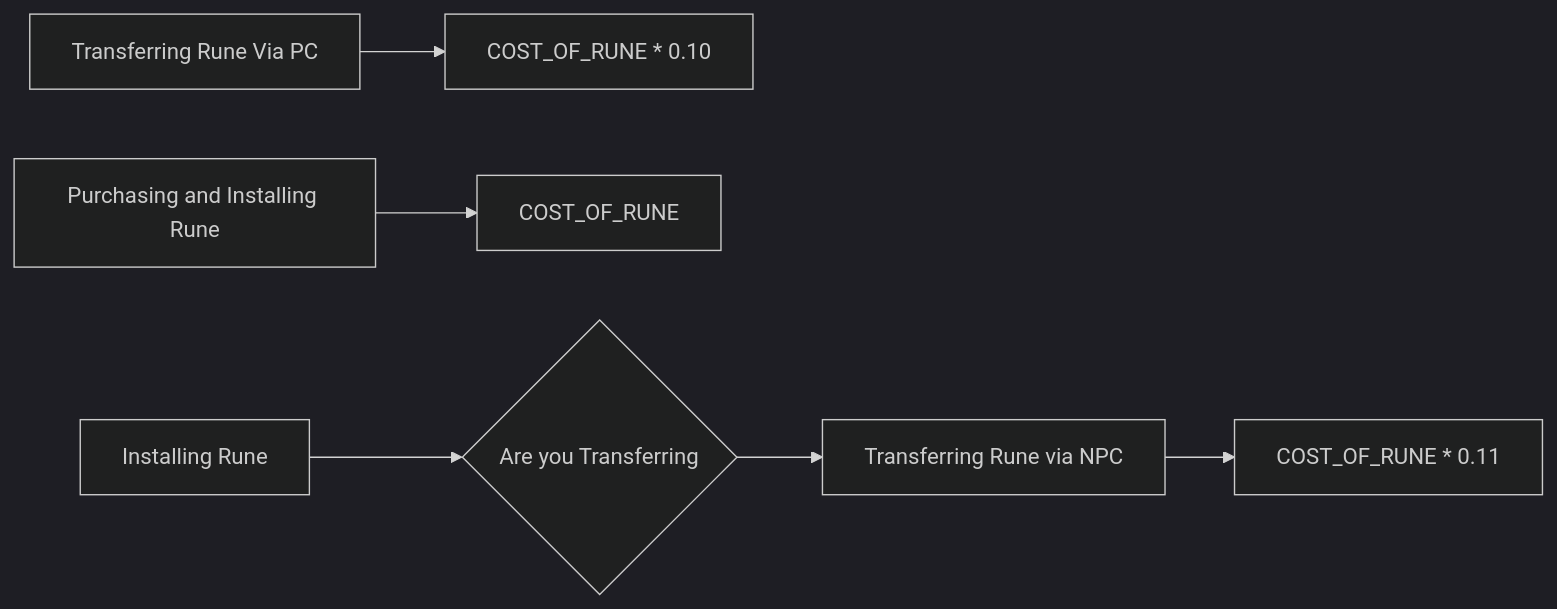
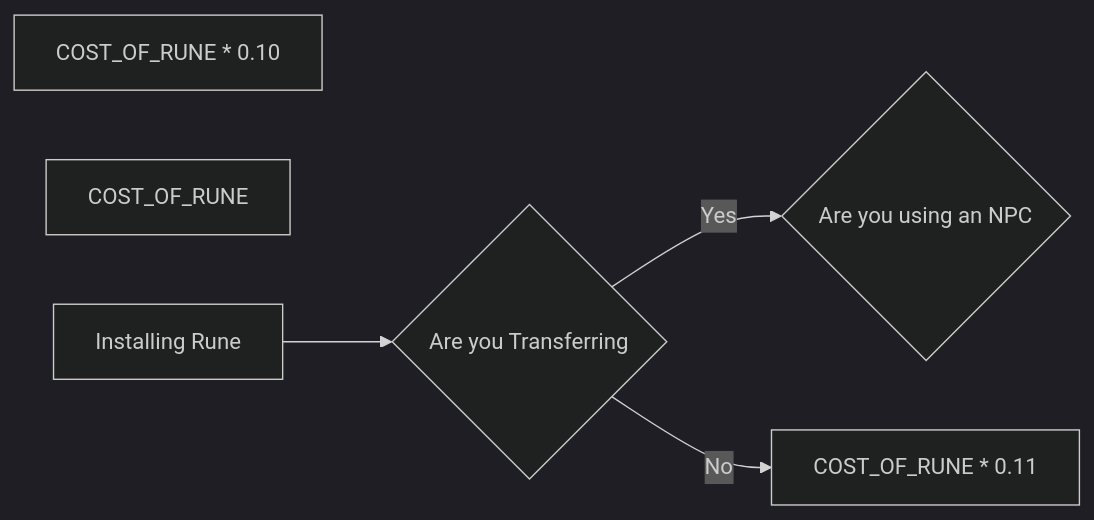
One commit to speck0413/notes changed the diagram in PF2E/Strength of Thousands/Flow Charts/Rune Guide.md. Above: the diagram before and after it, drawn with Mermaid (dark theme).

Commit message:
July 7, 2022 5:28 PM

````diff
--- a/PF2E/Strength of Thousands/Flow Charts/Rune Guide.md
+++ b/PF2E/Strength of Thousands/Flow Charts/Rune Guide.md
@@ -1,22 +1,23 @@
 ```mermaid
 
 flowchart LR
 
-NPC[Transferring Rune via NPC]
+%%NPC[Transferring Rune via NPC]
 NPC_COST[COST_OF_RUNE * 0.11]
 
-PC[Transferring Rune Via PC]
+%%PC[Transferring Rune Via PC]
 PC_COST[COST_OF_RUNE * 0.10]
 
-RUNE[Purchasing and Installing Rune]
+%%UNE[Purchasing and Installing Rune]
 RUNE_COST[COST_OF_RUNE]
 
 State1[Installing Rune] --> Transfer{Are you Transferring}
 
-Transfer-->
+Transfer-->|Yes|UsingNPC{Are you using an NPC}
+Transfer-->|No|NPC_COST
 
-NPC-->NPC_COST
-PC-->PC_COST
-RUNE-->RUNE_COST
+%%NPC-->NPC_COST
+%%PC-->PC_COST
+%%RUNE-->RUNE_COST
 
 ```
````
